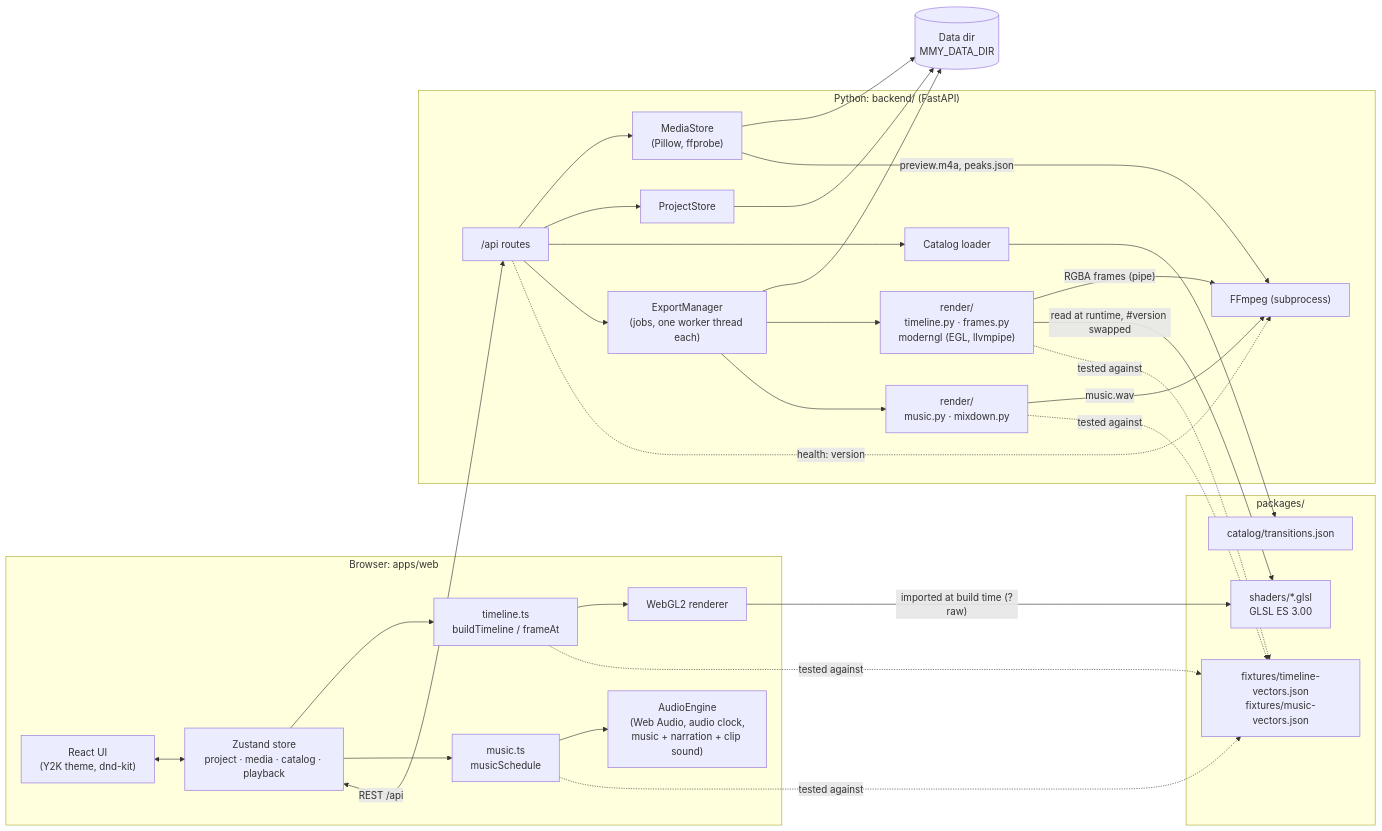
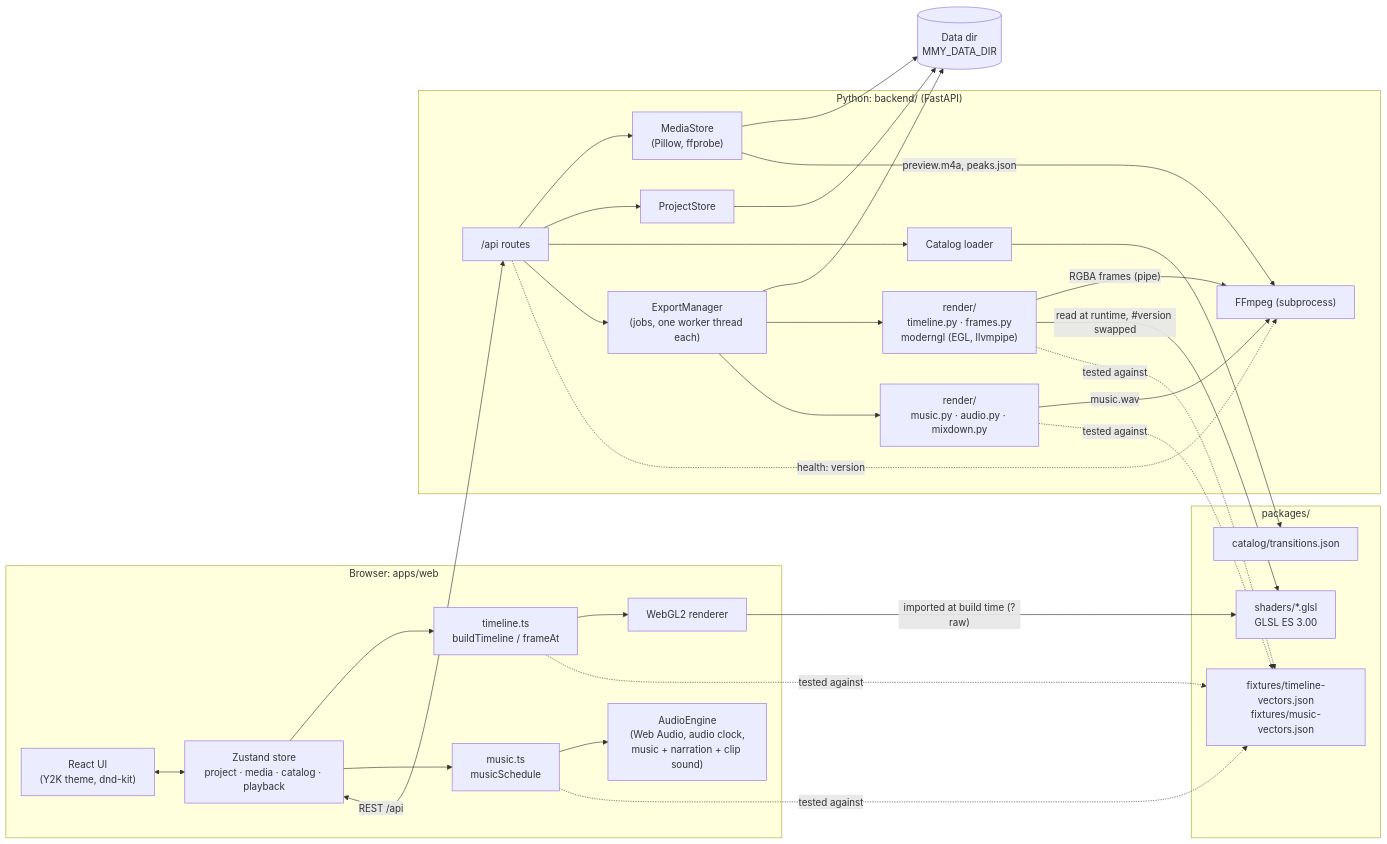
The first of 3 diagrams in docs/architecture.md (JoMe92/moviemakery2k), drawn with Mermaid before and after one commit. The commit also changed other lines of this file and 13 other files, not shown here.

````diff
--- a/docs/architecture.md
+++ b/docs/architecture.md
@@ -11,45 +11,45 @@
 ```mermaid
 flowchart LR
   subgraph Browser["Browser: apps/web"]
     UI["React UI<br/>(Y2K theme, dnd-kit)"]
     Store["Zustand store<br/>project · media · catalog · playback"]
     TL["timeline.ts<br/>buildTimeline / frameAt"]
     MS["music.ts<br/>musicSchedule"]
     GL["WebGL2 renderer"]
     AE["AudioEngine<br/>(Web Audio, audio clock,<br/>music + narration + clip sound)"]
   end
   subgraph Server["Python: backend/ (FastAPI)"]
     API["/api routes"]
     Media["MediaStore<br/>(Pillow, ffprobe)"]
     Proj["ProjectStore"]
     Cat["Catalog loader"]
     Exp["ExportManager<br/>(jobs, one worker thread each)"]
     Rnd["render/<br/>timeline.py · frames.py<br/>moderngl (EGL, llvmpipe)"]
-    Mix["render/<br/>music.py · mixdown.py"]
+    Mix["render/<br/>music.py · audio.py · mixdown.py"]
     FF["FFmpeg (subprocess)"]
   end
   subgraph Shared["packages/"]
     Shaders["shaders/*.glsl<br/>GLSL ES 3.00"]
     Catalog["catalog/transitions.json"]
     Vectors["fixtures/timeline-vectors.json<br/>fixtures/music-vectors.json"]
   end
   Data[("Data dir<br/>MMY_DATA_DIR")]
 
   UI <--> Store
   Store --> TL --> GL
   Store --> MS --> AE
   Store <-- "REST /api" --> API
   API --> Media & Proj & Cat & Exp
   Media & Proj & Exp --> Data
   Cat --> Catalog
   GL -- "imported at build time (?raw)" --> Shaders
   Exp --> Rnd -- "RGBA frames (pipe)" --> FF
   Exp --> Mix -- "music.wav" --> FF
   Media -- "preview.m4a, peaks.json" --> FF
   Rnd -- "read at runtime, #version swapped" --> Shaders
   TL -. "tested against" .-> Vectors
   Rnd -. "tested against" .-> Vectors
   MS -. "tested against" .-> Vectors
   Mix -. "tested against" .-> Vectors
   API -. "health: version" .-> FF
 ```
````
